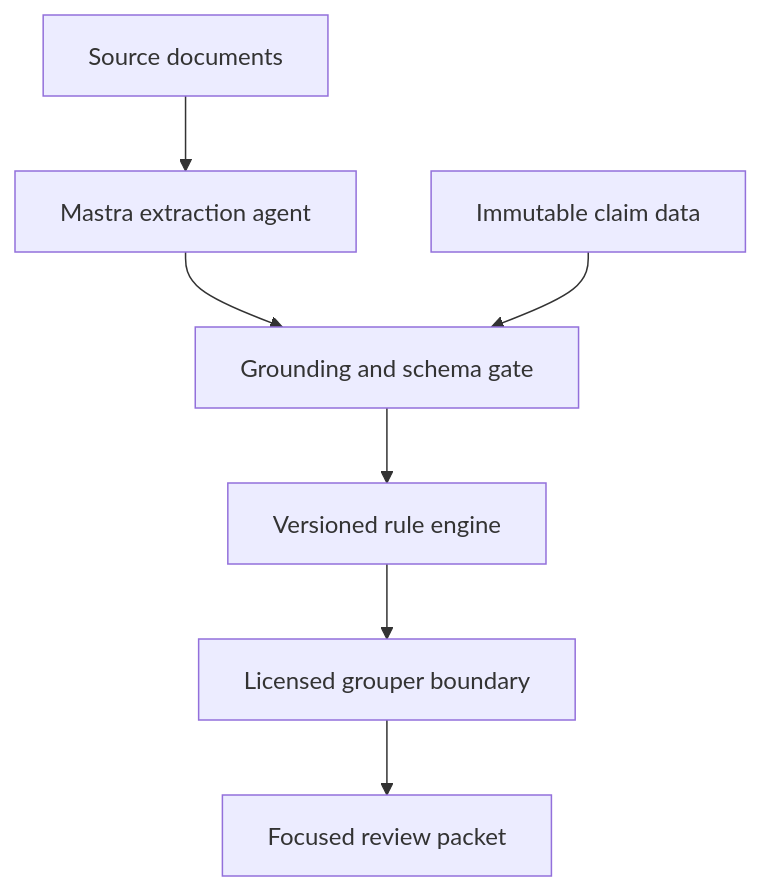
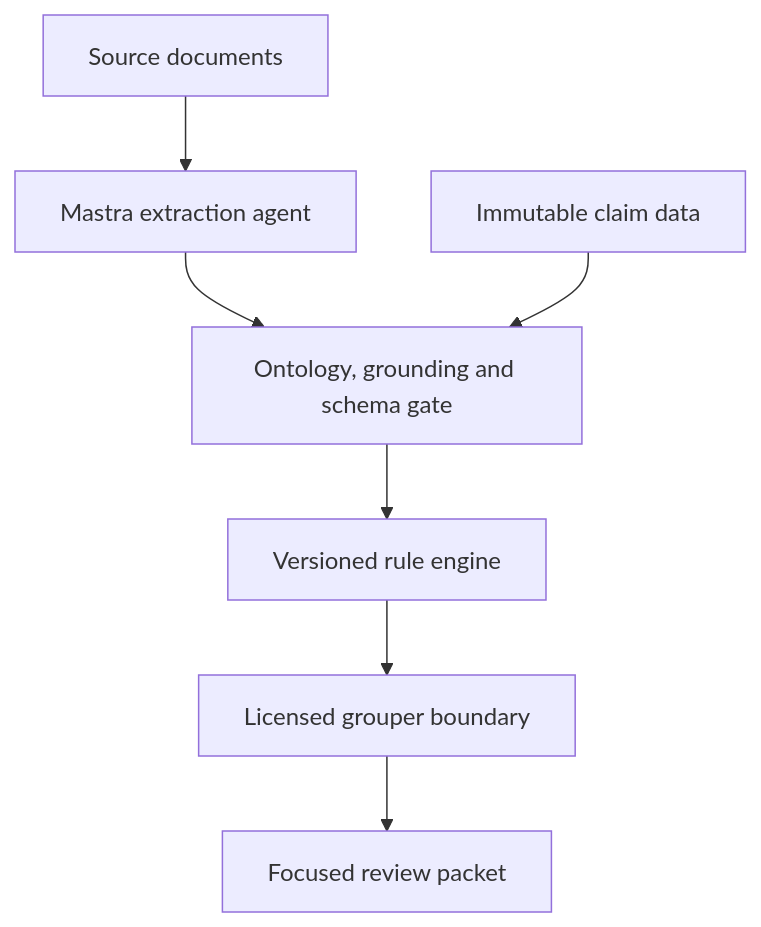
The diagram in README.md (sahilk873/DRG-MVP), drawn with Mermaid before and after one commit. The commit also changed other lines of this file and 31 other files, not shown here.

````diff
--- a/README.md
+++ b/README.md
@@ -11,9 +11,9 @@
 ```mermaid
 flowchart TD
     A["Source documents"] --> B["Mastra extraction agent"]
-    B --> C["Grounding and schema gate"]
+    B --> C["Ontology, grounding and schema gate"]
     H["Immutable claim data"] --> C
     C --> D["Versioned rule engine"]
     D --> E["Licensed grouper boundary"]
     E --> F["Focused review packet"]
 ```
````
